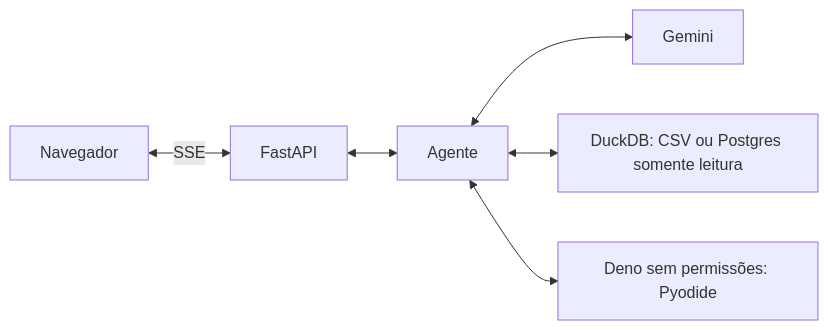
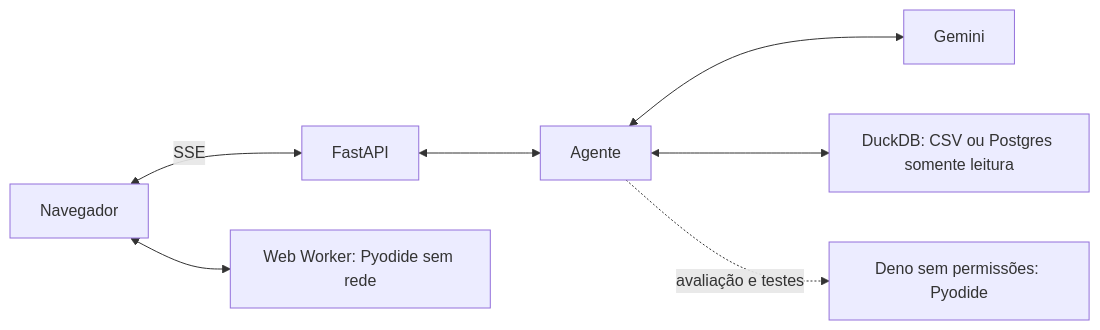
Before and after one commit to danielsouzaa7/analista-dados-ia: the diagram in README.md, drawn with Mermaid. The commit also changed other lines of this file and 5 other files, not shown here.

Commit message:
docs: browser Python (slice 10): red team round 5, architecture, ADR 13 prewarm fix, front and README

````diff
--- a/README.md
+++ b/README.md
@@ -70,7 +72,8 @@
 ```mermaid
 flowchart LR
     N[Navegador] <-- SSE --> F[FastAPI] <--> A[Agente]
     A <--> G[Gemini]
     A <--> D[DuckDB: CSV ou Postgres somente leitura]
-    A <--> S[Deno sem permissões: Pyodide]
+    N <--> W[Web Worker: Pyodide sem rede]
+    A -. avaliação e testes .-> S[Deno sem permissões: Pyodide]
 ```
````
